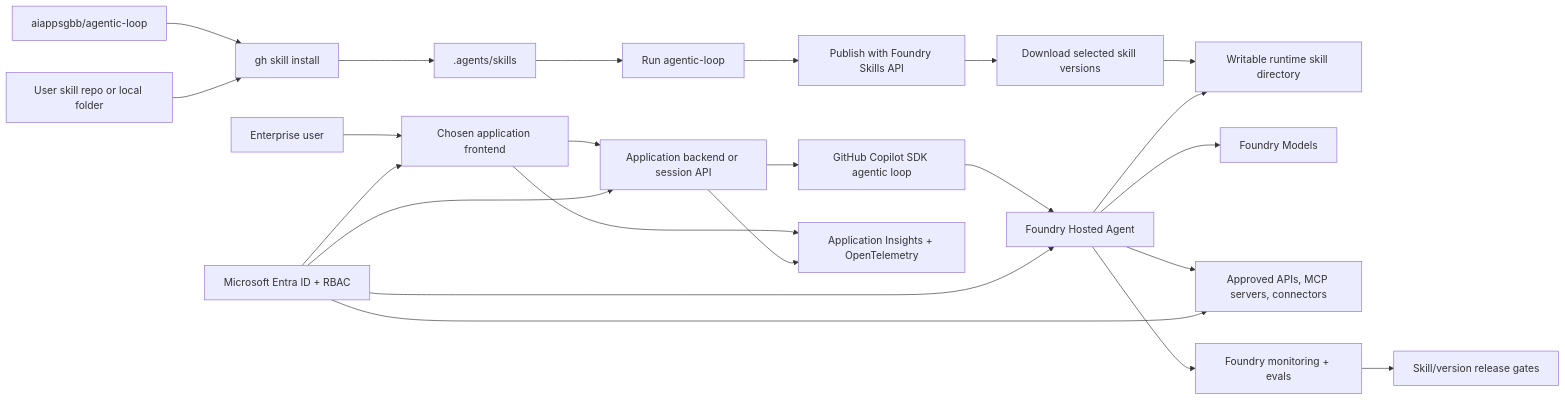
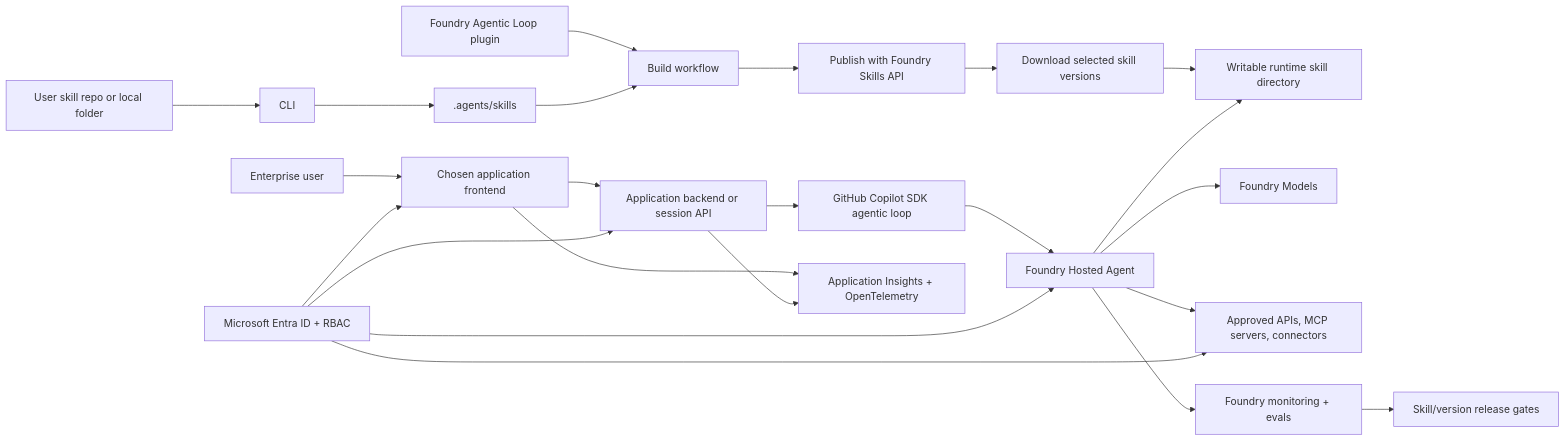
Before and after one commit to aiappsgbb/agentic-loop: the diagram in playbooks/bring-your-own-skills/README.md, drawn with Mermaid. The commit also changed other lines of this file and 25 other files, not shown here.

First line of the commit message:
Adopt published Foundry Agentic Loop build workflow

````diff
--- a/playbooks/bring-your-own-skills/README.md
+++ b/playbooks/bring-your-own-skills/README.md
@@ -37,25 +37,25 @@
 ```mermaid
 flowchart LR
-  BuildRepo[aiappsgbb/agentic-loop] --> CLI[gh skill install]
+  BuildPlugin[Foundry Agentic Loop plugin] --> Loop[Build workflow]
   UserRepo[User skill repo or local folder] --> CLI
   CLI --> Project[.agents/skills]
-  Project --> Loop[Run agentic-loop]
+  Project --> Loop
   Loop --> Skills[Publish with Foundry Skills API]
   Skills --> Download[Download selected skill versions]
   Download --> SkillDir[Writable runtime skill directory]
   User[Enterprise user] --> Frontend[Chosen application frontend]
   Frontend --> App[Application backend or session API]
   App --> SDK[GitHub Copilot SDK agentic loop]
   SDK --> Agent[Foundry Hosted Agent]
   Agent --> Models[Foundry Models]
   Agent --> SkillDir
   Agent --> Tools[Approved APIs, MCP servers, connectors]
   Entra[Microsoft Entra ID + RBAC] --> Frontend
   Entra --> App
   Entra --> Agent
   Entra --> Tools
   Frontend --> Insights[Application Insights + OpenTelemetry]
   App --> Insights[Application Insights + OpenTelemetry]
   Agent --> Monitor[Foundry monitoring + evals]
   Monitor --> Gates[Skill/version release gates]
 ```
````
